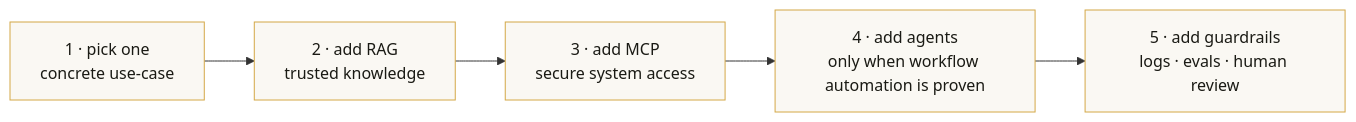
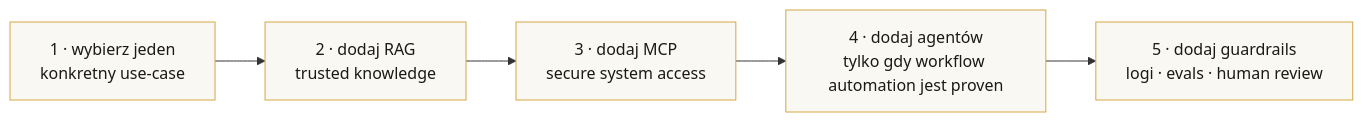
The fifth of 5 diagrams in .ai/architecture.md (nowiro/ai-studio), drawn with Mermaid before and after one commit. The commit also changed other lines of this file and 6 other files, not shown here.

````diff
--- a/.ai/architecture.md
+++ b/.ai/architecture.md
@@ -216,7 +216,7 @@
 ```mermaid
 flowchart LR
-  S1["1 · pick one<br/>concrete use-case"] --> S2["2 · add RAG<br/>trusted knowledge"] --> S3["3 · add MCP<br/>secure system access"] --> S4["4 · add agents<br/>only when workflow automation is proven"] --> S5["5 · add guardrails<br/>logs · evals · human review"]
+  S1["1 · wybierz jeden<br/>konkretny use-case"] --> S2["2 · dodaj RAG<br/>trusted knowledge"] --> S3["3 · dodaj MCP<br/>secure system access"] --> S4["4 · dodaj agentów<br/>tylko gdy workflow automation jest proven"] --> S5["5 · dodaj guardrails<br/>logi · evals · human review"]
 
   classDef step fill:#faf8f3,stroke:#d4a847,color:#1a1a14;
   class S1,S2,S3,S4,S5 step
 ```
````
